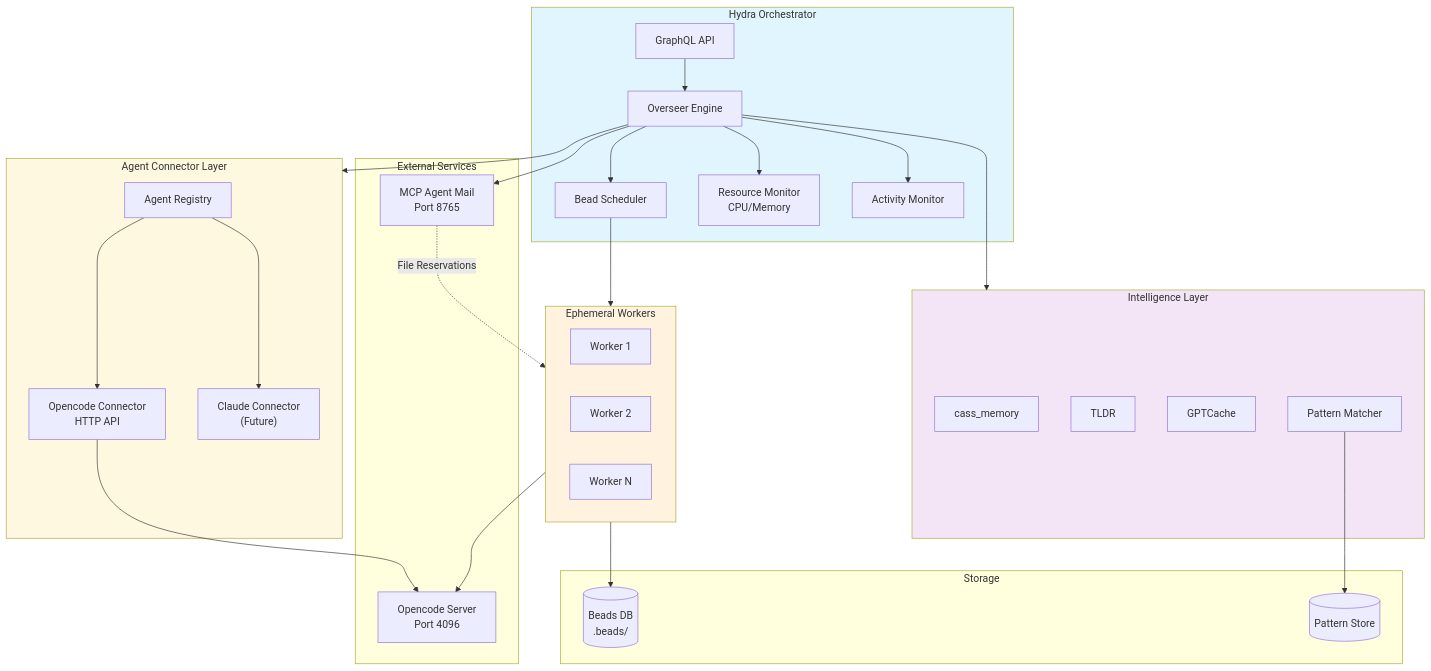
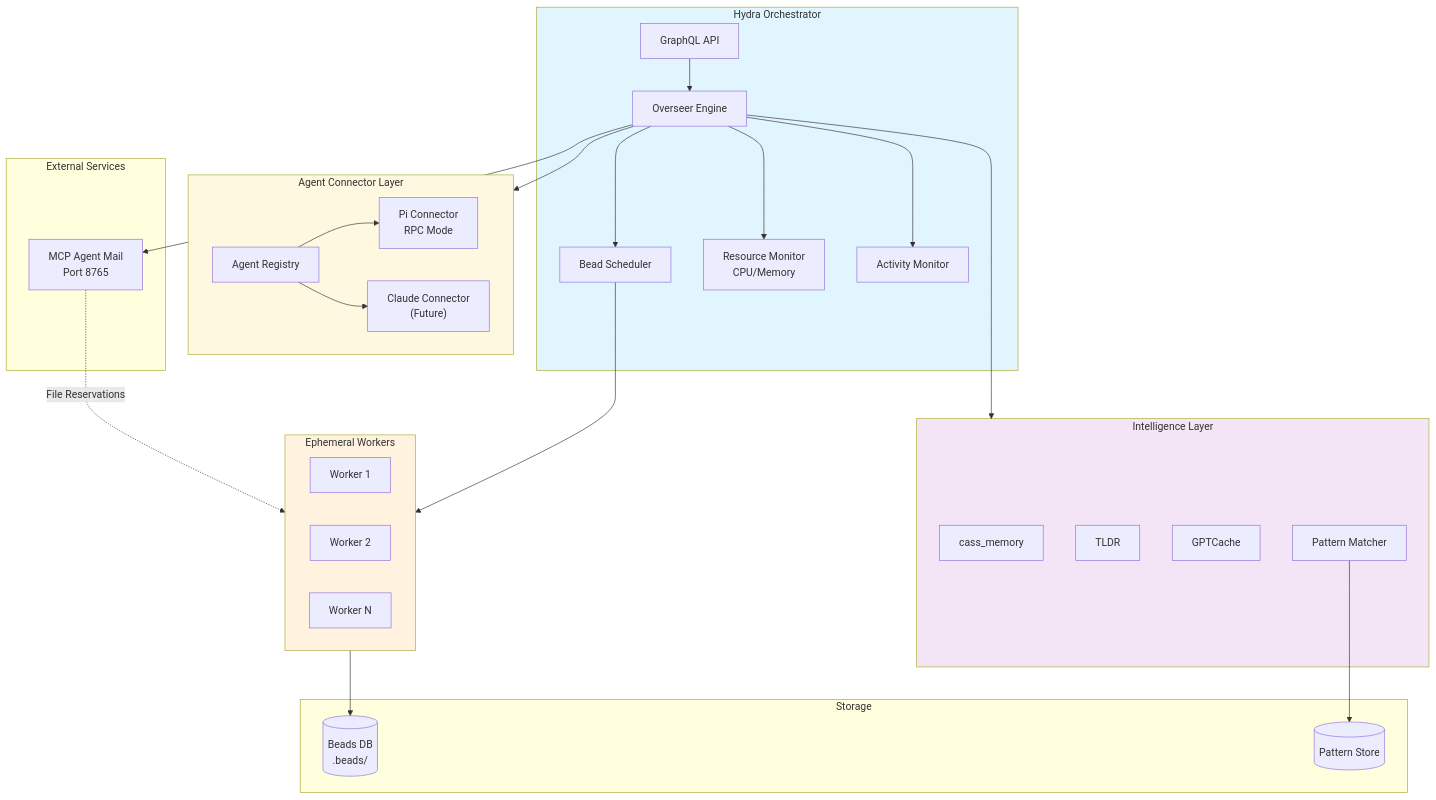
Before and after one commit to haulmatic-dev/hindsight-pi: the diagram in README.md, drawn with Mermaid. The commit also changed other lines of this file and 15 other files, not shown here.

First line of the commit message:
chore: remove opencode agent support

````diff
--- a/README.md
+++ b/README.md
@@ -110,64 +110,61 @@
 ```mermaid
 flowchart TB
     subgraph Hydra["Hydra Orchestrator"]
         API["GraphQL API"]
         Overseer["Overseer Engine"]
         Scheduler["Bead Scheduler"]
         ResourceMonitor["Resource Monitor<br/>CPU/Memory"]
         ActivityMonitor["Activity Monitor"]
     end
     
     subgraph Agents["Agent Connector Layer"]
         AgentRegistry["Agent Registry"]
-        OpencodeConn["Opencode Connector<br/>HTTP API"]
+        PiConn["Pi Connector<br/>RPC Mode"]
         ClaudeConn["Claude Connector<br/>(Future)"]
     end
-    
+
     subgraph Intelligence["Intelligence Layer"]
         CassMemory["cass_memory"]
         TLDR["TLDR"]
         GPTCache["GPTCache"]
         PatternMatcher["Pattern Matcher"]
     end
-    
+
     subgraph External["External Services"]
         MCP["MCP Agent Mail<br/>Port 8765"]
-        OpencodeServer["Opencode Server<br/>Port 4096"]
     end
-    
+
     subgraph Workers["Ephemeral Workers"]
         W1["Worker 1"]
         W2["Worker 2"]
         W3["Worker N"]
     end
-    
+
     subgraph Storage["Storage"]
         BeadsDB[("Beads DB<br/>.beads/")]
         PatternStore[("Pattern Store")]
     end
-    
+
     API --> Overseer
     Overseer --> Scheduler
     Overseer --> ResourceMonitor
     Overseer --> ActivityMonitor
     Overseer --> Intelligence
     Overseer --> MCP
     Overseer --> Agents
-    
-    AgentRegistry --> OpencodeConn
+
+    AgentRegistry --> PiConn
     AgentRegistry --> ClaudeConn
-    OpencodeConn --> OpencodeServer
-    
+
     Scheduler --> Workers
-    Workers --> OpencodeServer
     Workers --> BeadsDB
     
     PatternMatcher --> PatternStore
     
     MCP -.->|File Reservations| Workers
     
     style Hydra fill:#e1f5fe
     style Workers fill:#fff3e0
     style Intelligence fill:#f3e5f5
     style Agents fill:#fff8e1
 ```
````
